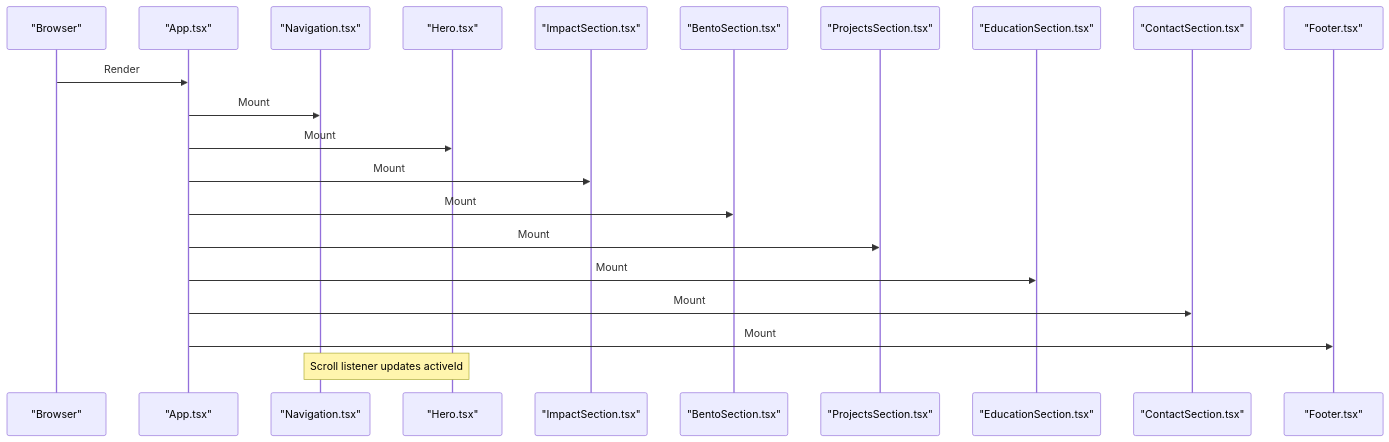
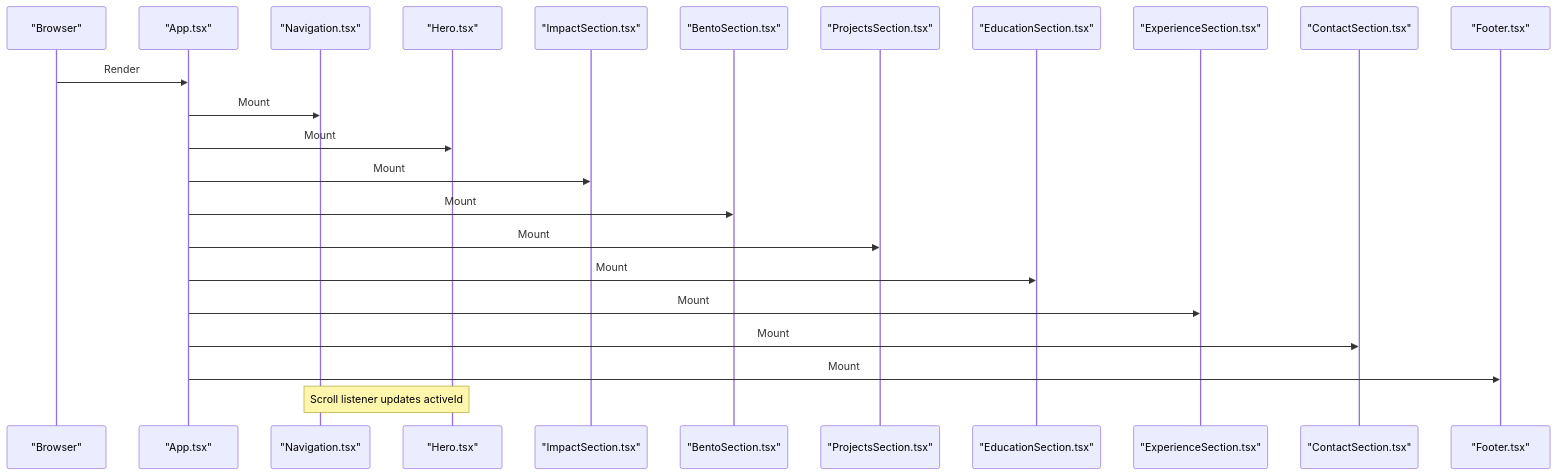
One commit to subash7781/Portfolio changed the second of 12 diagrams in .qoder/repowiki/en/content/Component Library & UI Elements/Component Library & UI Elements.md. Above: the diagram before and after it, drawn with Mermaid. The commit also changed other lines of this file and 5 other files, not shown here.

````diff
--- a/.qoder/repowiki/en/content/Component Library & UI Elements/Component Library & UI Elements.md
+++ b/.qoder/repowiki/en/content/Component Library & UI Elements/Component Library & UI Elements.md
@@ -148,23 +161,25 @@
 ```mermaid
 sequenceDiagram
 participant Browser as "Browser"
 participant App as "App.tsx"
 participant Nav as "Navigation.tsx"
 participant Hero as "Hero.tsx"
 participant Impact as "ImpactSection.tsx"
 participant Bento as "BentoSection.tsx"
 participant Projects as "ProjectsSection.tsx"
 participant Education as "EducationSection.tsx"
+participant Experience as "ExperienceSection.tsx"
 participant Contact as "ContactSection.tsx"
 participant Footer as "Footer.tsx"
 Browser->>App : Render
 App->>Nav : Mount
 App->>Hero : Mount
 App->>Impact : Mount
 App->>Bento : Mount
 App->>Projects : Mount
 App->>Education : Mount
+App->>Experience : Mount
 App->>Contact : Mount
 App->>Footer : Mount
 Note over Nav,Hero : Scroll listener updates activeId
 ```
````
